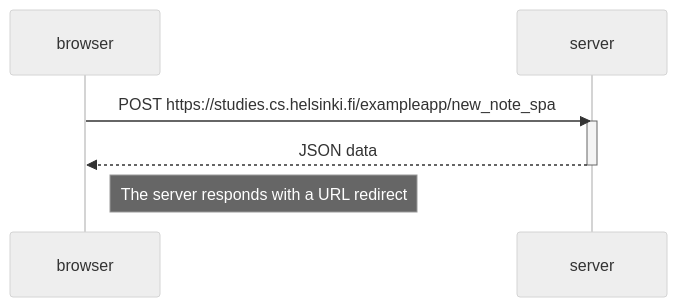
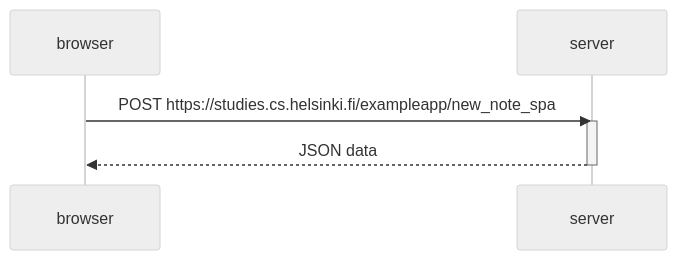
One commit to villenattinen/fullstack-open changed the diagram in part0/exercise0-6.md. Above: the diagram before and after it, drawn with Mermaid (neutral theme).

Commit message:
Removed redundant comment

````diff
--- a/part0/exercise0-6.md
+++ b/part0/exercise0-6.md
@@ -1,13 +1,11 @@
 ```mermaid
 sequenceDiagram
     participant browser
     participant server
 
     browser->>server: POST https://studies.cs.helsinki.fi/exampleapp/new_note_spa
     activate server
     server-->>browser: JSON data
     deactivate server
 
-    Note right of browser: The server responds with a URL redirect
-
 ```
````
